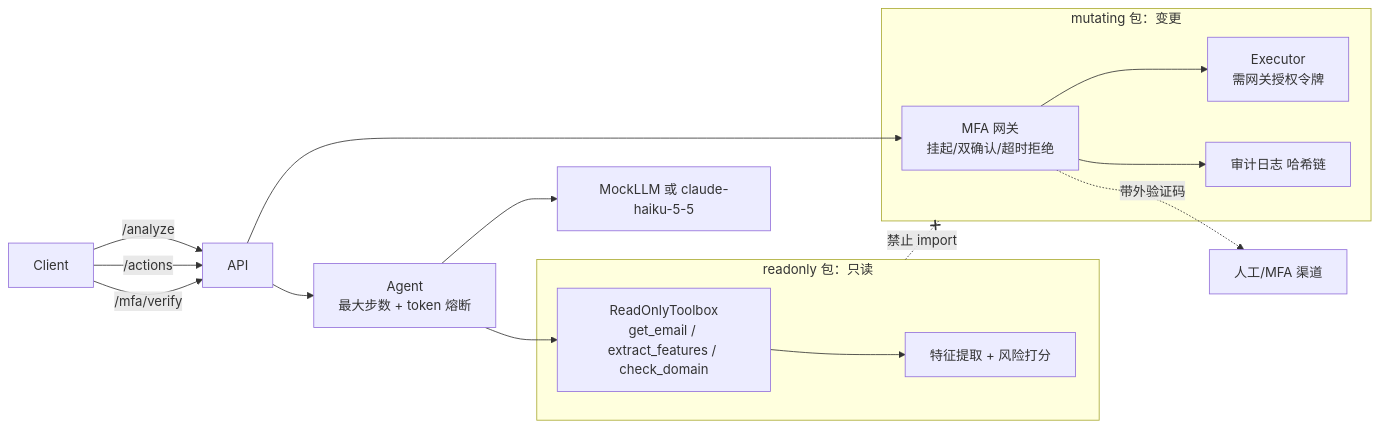
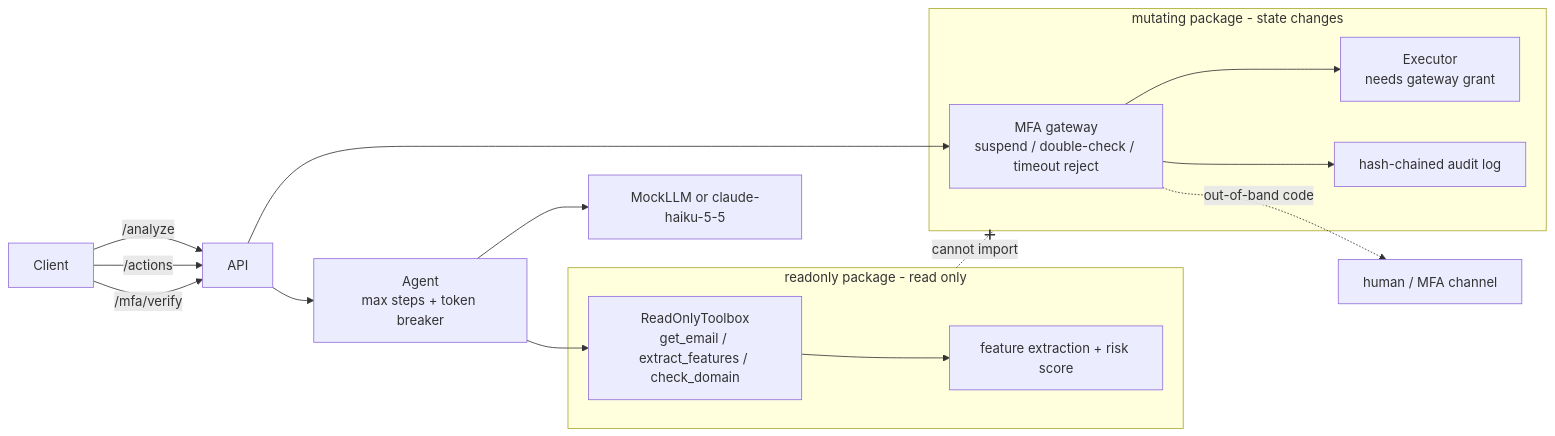
Before and after one commit to King-Dunk/phishguard: the diagram in README.md, drawn with Mermaid. The commit also changed other lines of this file and 36 other files, not shown here.

````diff
--- a/README.md
+++ b/README.md
@@ -48,22 +20,22 @@
 ```mermaid
 flowchart LR
     Client -->|/analyze| API
     Client -->|/actions| API
     Client -->|/mfa/verify| API
-    subgraph RO[readonly 包：只读]
+    subgraph RO[readonly package - read only]
         TB[ReadOnlyToolbox<br/>get_email / extract_features / check_domain]
-        F[特征提取 + 风险打分]
+        F[feature extraction + risk score]
     end
-    subgraph MU[mutating 包：变更]
-        GW[MFA 网关<br/>挂起/双确认/超时拒绝]
-        EX[Executor<br/>需网关授权令牌]
-        AU[审计日志 哈希链]
+    subgraph MU[mutating package - state changes]
+        GW[MFA gateway<br/>suspend / double-check / timeout reject]
+        EX[Executor<br/>needs gateway grant]
+        AU[hash-chained audit log]
     end
-    API --> AG[Agent<br/>最大步数 + token 熔断]
-    AG --> LLM[MockLLM 或 claude-haiku-5-5]
+    API --> AG[Agent<br/>max steps + token breaker]
+    AG --> LLM[MockLLM or claude-haiku-5-5]
     AG --> TB --> F
     API --> GW --> EX
     GW --> AU
-    GW -.带外验证码.-> User[人工/MFA 渠道]
-    RO -. 禁止 import .-x MU
+    GW -.out-of-band code.-> User[human / MFA channel]
+    RO -. cannot import .-x MU
 ```
````
